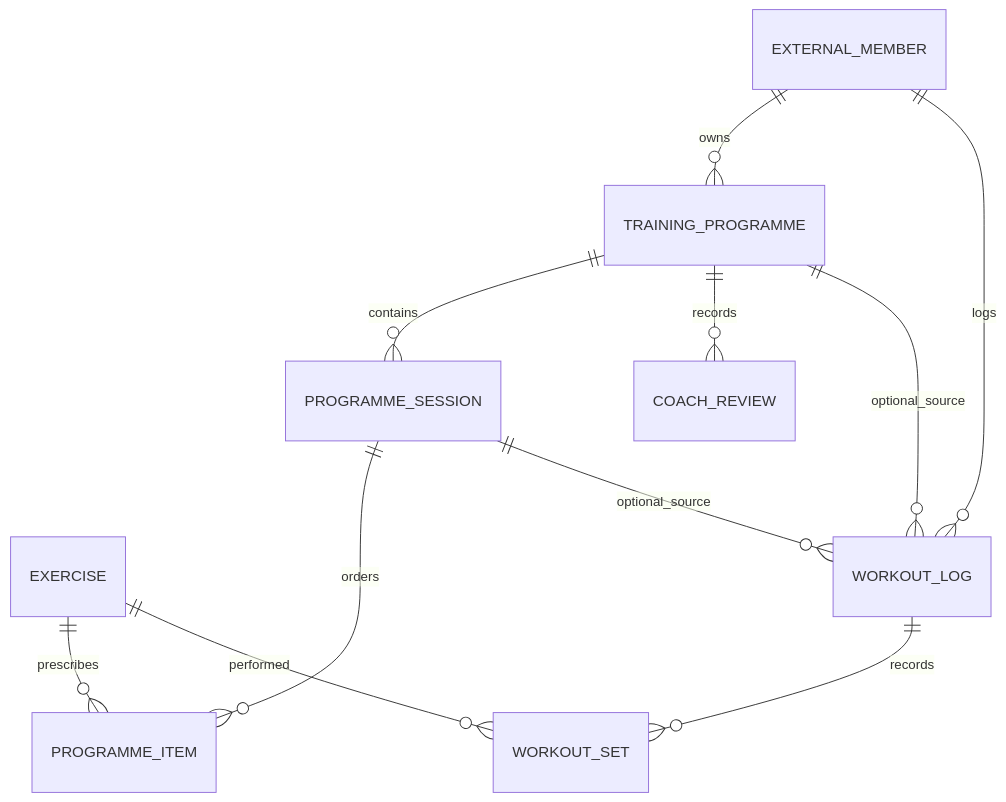
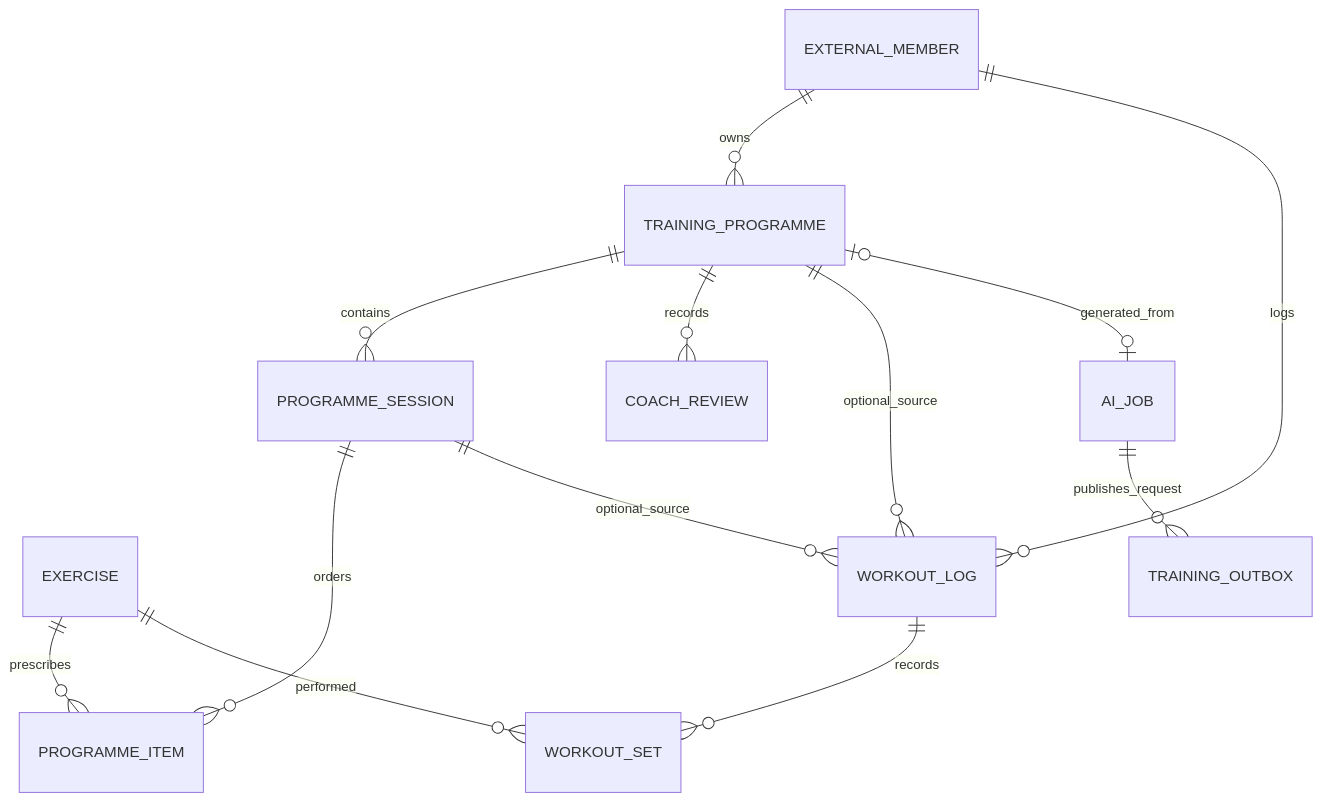
One commit to ounismoez98/SmartGym changed the second of 2 diagrams in README.md. Above: the diagram before and after it, drawn with Mermaid. The commit also changed other lines of this file and 32 other files, not shown here.

````diff
--- a/README.md
+++ b/README.md
@@ -428,13 +438,15 @@
 ```mermaid
 erDiagram
   EXERCISE ||--o{ PROGRAMME_ITEM : prescribes
   TRAINING_PROGRAMME ||--o{ PROGRAMME_SESSION : contains
   PROGRAMME_SESSION ||--o{ PROGRAMME_ITEM : orders
   TRAINING_PROGRAMME ||--o{ COACH_REVIEW : records
   TRAINING_PROGRAMME ||--o{ WORKOUT_LOG : optional_source
+  TRAINING_PROGRAMME o|--o| AI_JOB : generated_from
+  AI_JOB ||--o{ TRAINING_OUTBOX : publishes_request
   PROGRAMME_SESSION ||--o{ WORKOUT_LOG : optional_source
   WORKOUT_LOG ||--o{ WORKOUT_SET : records
   EXERCISE ||--o{ WORKOUT_SET : performed
   EXTERNAL_MEMBER ||--o{ TRAINING_PROGRAMME : owns
   EXTERNAL_MEMBER ||--o{ WORKOUT_LOG : logs
 ```
````
